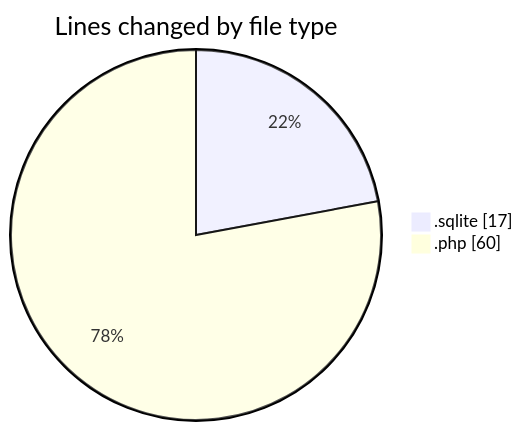
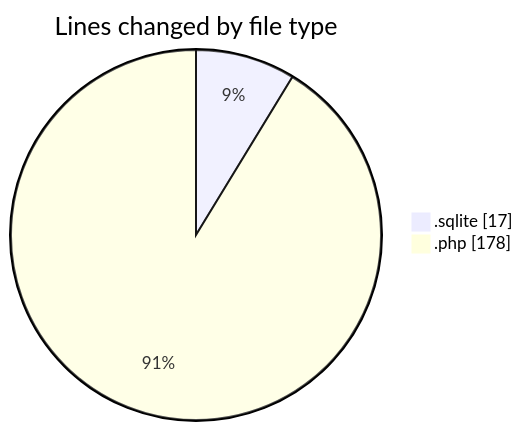
One commit to Ritupan-Deka/code-tracking changed the first of 2 diagrams in 2025-10-07/url-shortener/README.md. Above: the diagram before and after it, drawn with Mermaid. The commit also changed other lines of this file and 1 other file, not shown here.

````diff
--- a/2025-10-07/url-shortener/README.md
+++ b/2025-10-07/url-shortener/README.md
@@ -21,6 +21,6 @@
 ```mermaid
 pie showData
 title Lines changed by file type
 ".sqlite" : 17
-".php" : 60
+".php" : 178
 ```
````
